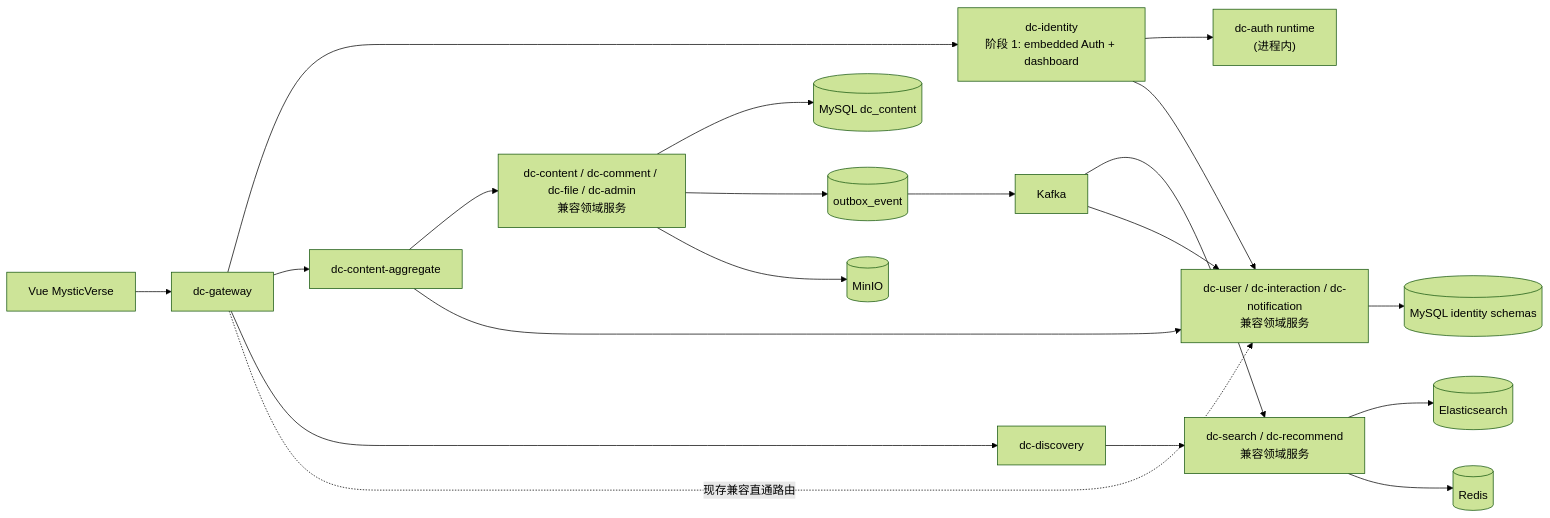
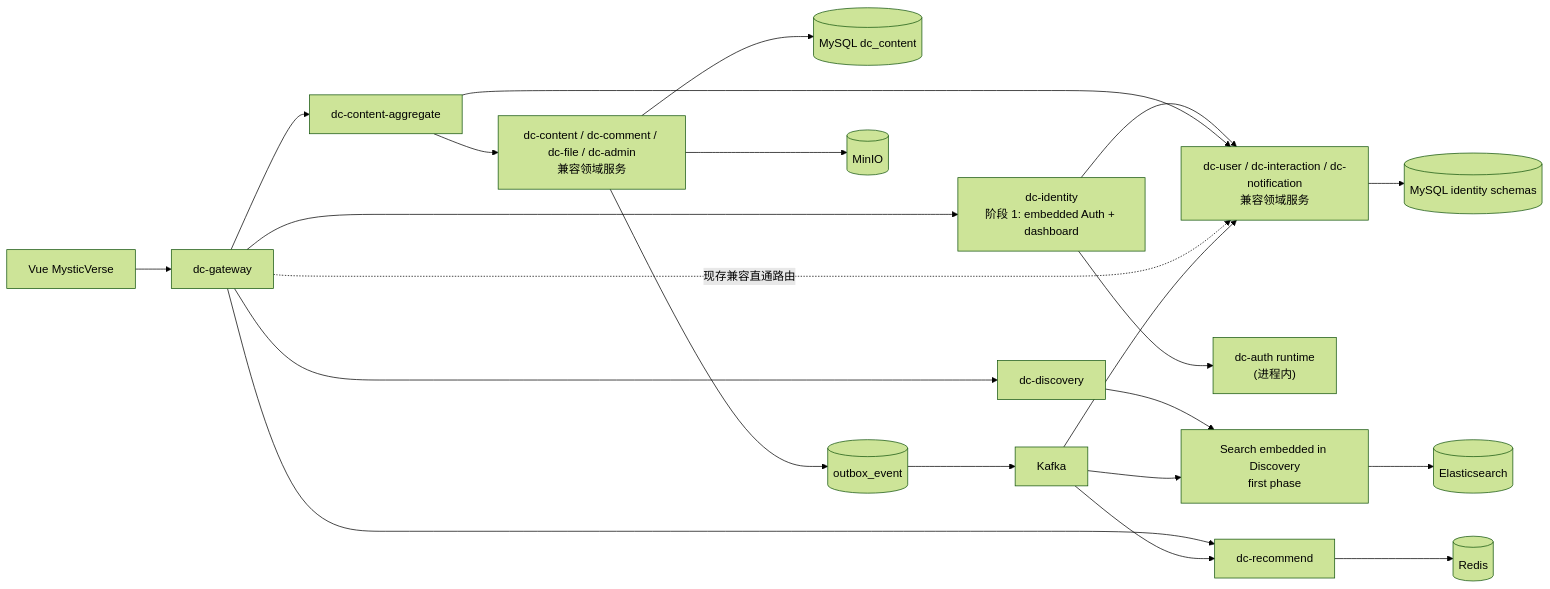
One commit to wangyufanshuai/DevCircle changed the diagram in docs/technical-specification.md. Above: the diagram before and after it, drawn with Mermaid (forest theme). The commit also changed other lines of this file and 7 other files, not shown here.

Commit message:
docs(discovery): bind search convergence evidence

````diff
--- a/docs/technical-specification.md
+++ b/docs/technical-specification.md
@@ -29,24 +29,26 @@
 ```mermaid
 flowchart LR
   Web["Vue MysticVerse"] --> Gateway["dc-gateway"]
   Gateway --> Identity["dc-identity<br/>阶段 1: embedded Auth + dashboard"]
   Gateway --> ContentAggregate["dc-content-aggregate"]
   Gateway --> Discovery["dc-discovery"]
+  Gateway --> Recommend["dc-recommend"]
 
   Identity --> AuthRuntime["dc-auth runtime<br/>(进程内)"]
   Identity --> IdentityLegacy["dc-user / dc-interaction / dc-notification<br/>兼容领域服务"]
   ContentAggregate --> ContentLegacy["dc-content / dc-comment / dc-file / dc-admin<br/>兼容领域服务"]
   ContentAggregate --> IdentityLegacy
-  Discovery --> DiscoveryLegacy["dc-search / dc-recommend<br/>兼容领域服务"]
+  Discovery --> SearchEmbedded["Search embedded in Discovery<br/>first phase"]
   Gateway -. "现存兼容直通路由" .-> IdentityLegacy
 
   ContentLegacy --> MySQLContent[("MySQL dc_content")]
   ContentLegacy --> Outbox[("outbox_event")]
   Outbox --> Kafka["Kafka"]
-  Kafka --> DiscoveryLegacy
+  Kafka --> SearchEmbedded
+  Kafka --> Recommend
   Kafka --> IdentityLegacy
-  DiscoveryLegacy --> ES[("Elasticsearch")]
-  DiscoveryLegacy --> Redis[("Redis")]
+  SearchEmbedded --> ES[("Elasticsearch")]
+  Recommend --> Redis[("Redis")]
   IdentityLegacy --> MySQLIdentity[("MySQL identity schemas")]
   ContentLegacy --> MinIO[("MinIO")]
 ```
````
